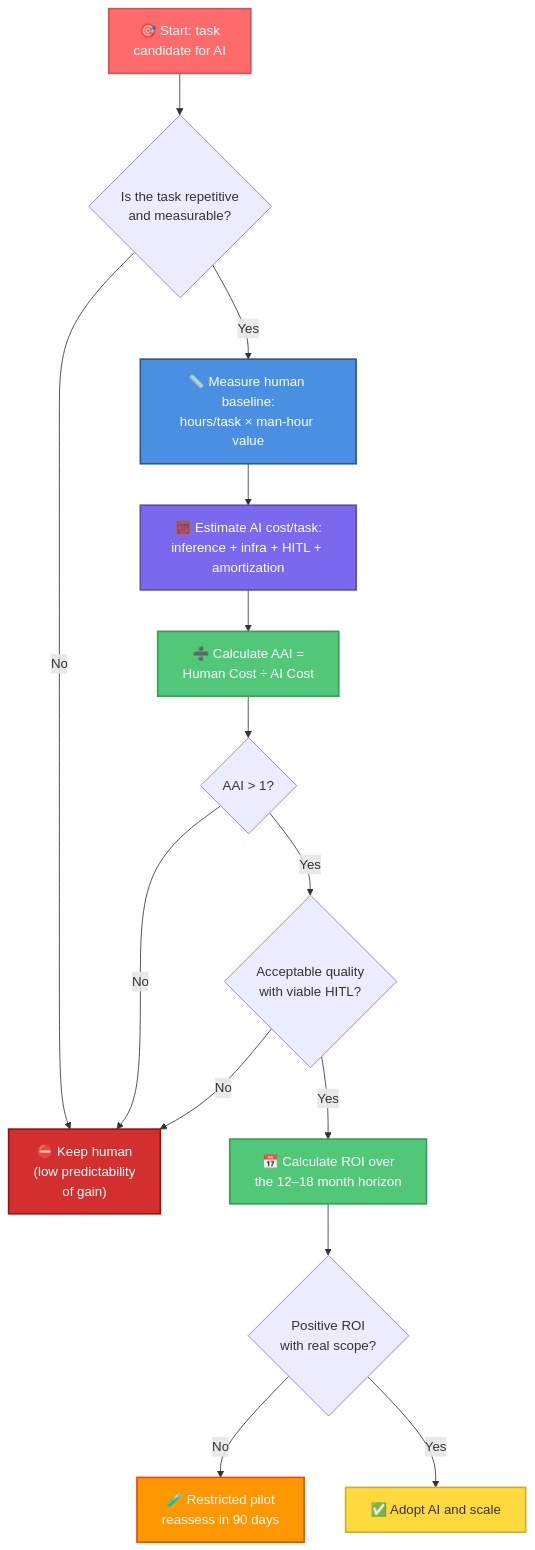
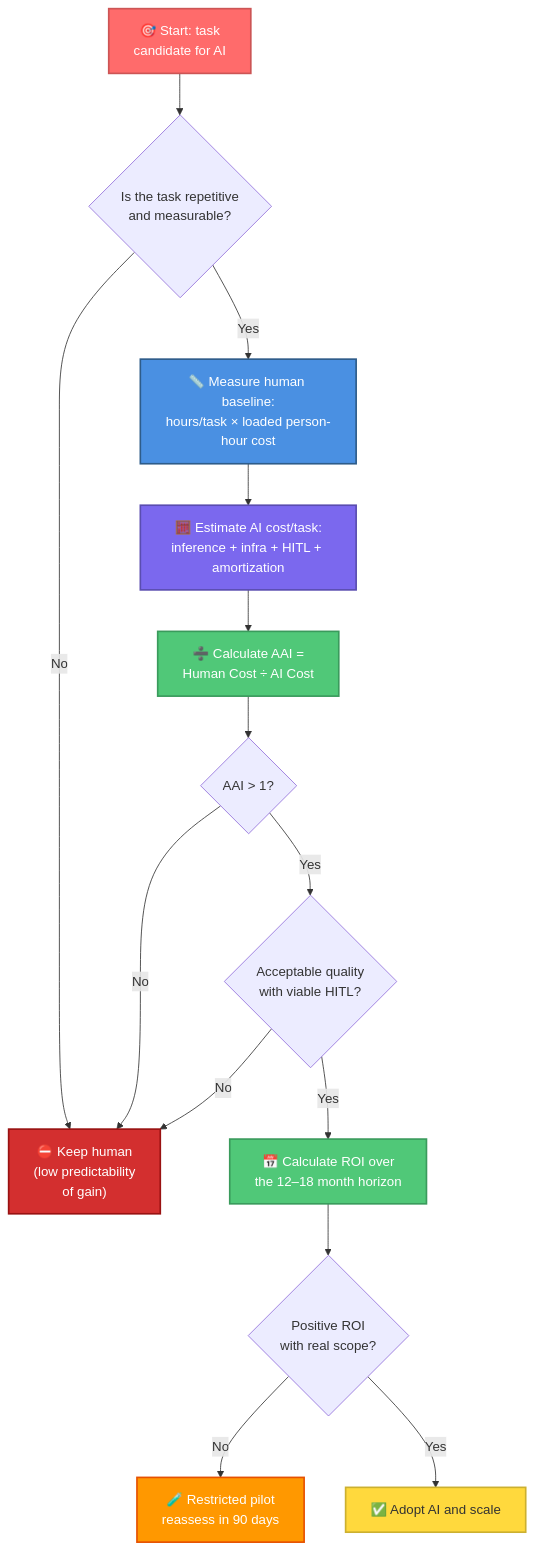
The first of 5 diagrams in references/03-roi-ai-vs-man-hour.md (fabioharams/hubsp-ai-skill), drawn with Mermaid before and after one commit. The commit also changed other lines of this file and 5 other files, not shown here.

````diff
--- a/references/03-roi-ai-vs-man-hour.md
+++ b/references/03-roi-ai-vs-man-hour.md
@@ -94,25 +98,25 @@
 ```mermaid
 flowchart TD
     A["🎯 Start: task<br/>candidate for AI"] --> B{"Is the task repetitive<br/>and measurable?"}
     B -- No --> Z["⛔ Keep human<br/>(low predictability<br/>of gain)"]
-    B -- Yes --> C["📏 Measure human baseline:<br/>hours/task × man-hour value"]
+    B -- Yes --> C["📏 Measure human baseline:<br/>hours/task × loaded person-hour cost"]
     C --> D["🧮 Estimate AI cost/task:<br/>inference + infra + HITL + amortization"]
     D --> E["➗ Calculate AAI =<br/>Human Cost ÷ AI Cost"]
     E --> F{"AAI > 1?"}
     F -- No --> Z
     F -- Yes --> G{"Acceptable quality<br/>with viable HITL?"}
     G -- No --> Z
     G -- Yes --> H["📅 Calculate ROI over<br/>the 12–18 month horizon"]
     H --> I{"Positive ROI<br/>with real scope?"}
     I -- No --> J["🧪 Restricted pilot<br/>reassess in 90 days"]
     I -- Yes --> K["✅ Adopt AI and scale"]
 
     style A fill:#FF6B6B,stroke:#CC5555,color:#fff,stroke-width:2px
     style Z fill:#D32F2F,stroke:#991212,color:#fff,stroke-width:2px
     style C fill:#4A90E2,stroke:#2E5C8A,color:#fff,stroke-width:2px
     style D fill:#7B68EE,stroke:#5A4DB0,color:#fff,stroke-width:2px
     style E fill:#50C878,stroke:#3A9B5C,color:#fff,stroke-width:2px
     style H fill:#50C878,stroke:#3A9B5C,color:#fff,stroke-width:2px
     style J fill:#FF9800,stroke:#E65100,color:#fff,stroke-width:2px
     style K fill:#FFD93D,stroke:#CCB030,color:#333,stroke-width:2px
 ```
````
